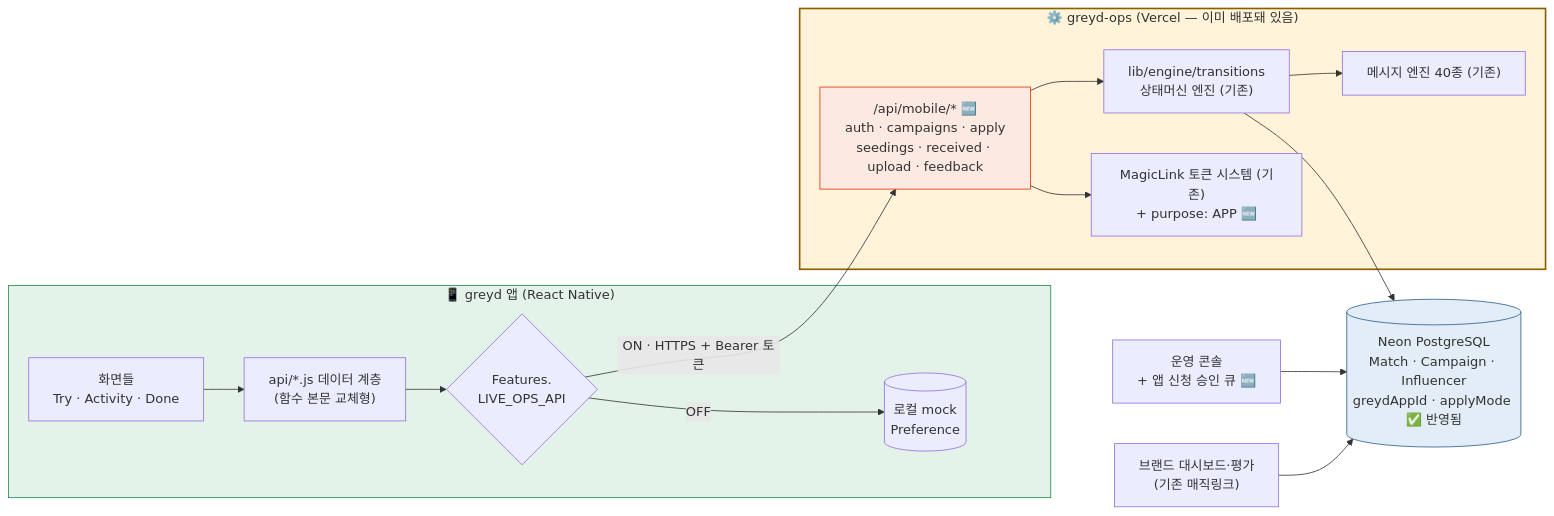
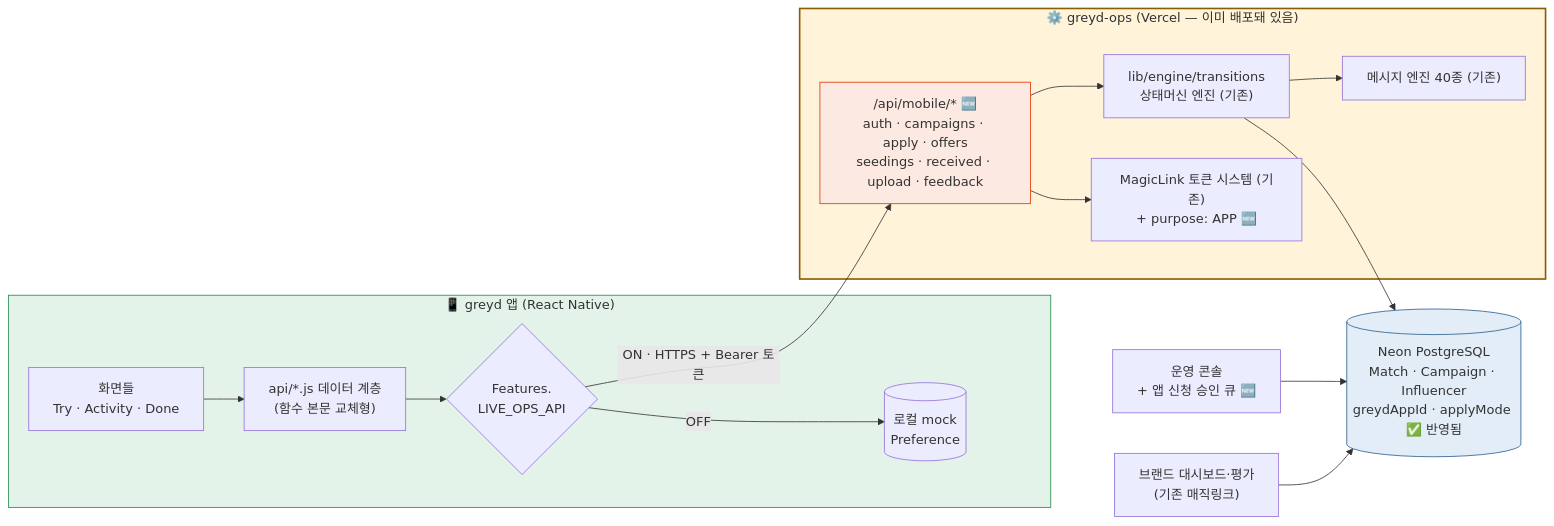
The seventh of 11 diagrams in docs/superpowers/specs/2026-08-10-app-ops-alignment-diagrams.md (arbaimauto-creator/app), drawn with Mermaid before and after one commit. The commit also changed other lines of this file and 11 other files, not shown here.

````diff
--- a/docs/superpowers/specs/2026-08-10-app-ops-alignment-diagrams.md
+++ b/docs/superpowers/specs/2026-08-10-app-ops-alignment-diagrams.md
@@ -187,33 +187,33 @@
 ```mermaid
 flowchart LR
     subgraph PHONE["📱 greyd 앱 (React Native)"]
         UI["화면들<br/>Try · Activity · Done"]
         API_LAYER["api/*.js 데이터 계층<br/>(함수 본문 교체형)"]
         FLAG{"Features.<br/>LIVE_OPS_API"}
         MOCK[("로컬 mock<br/>Preference")]
         UI --> API_LAYER --> FLAG
         FLAG -- OFF --> MOCK
     end
 
     subgraph VERCEL["⚙️ greyd-ops (Vercel — 이미 배포돼 있음)"]
-        MOBILE["/api/mobile/* 🆕<br/>auth · campaigns · apply<br/>seedings · received · upload · feedback"]
+        MOBILE["/api/mobile/* 🆕<br/>auth · campaigns · apply · offers<br/>seedings · received · upload · feedback"]
         ENGINE["lib/engine/transitions<br/>상태머신 엔진 (기존)"]
         TOKEN["MagicLink 토큰 시스템 (기존)<br/>+ purpose: APP 🆕"]
         MSG["메시지 엔진 40종 (기존)"]
         MOBILE --> ENGINE
         MOBILE --> TOKEN
         ENGINE --> MSG
     end
 
     DB[("Neon PostgreSQL<br/>Match · Campaign · Influencer<br/>greydAppId · applyMode ✅ 반영됨")]
 
     FLAG -- "ON · HTTPS + Bearer 토큰" --> MOBILE
     ENGINE --> DB
     CONSOLE["운영 콘솔<br/>+ 앱 신청 승인 큐 🆕"] --> DB
     BRAND["브랜드 대시보드·평가<br/>(기존 매직링크)"] --> DB
 
     style PHONE fill:#E4F3E9,stroke:#1F8A4C
     style VERCEL fill:#FFF3D9,stroke:#8A5D00,stroke-width:2px
     style DB fill:#E3EDF7,stroke:#2B5E8E
     style MOBILE fill:#FCE9E2,stroke:#E53400
 ```
````
